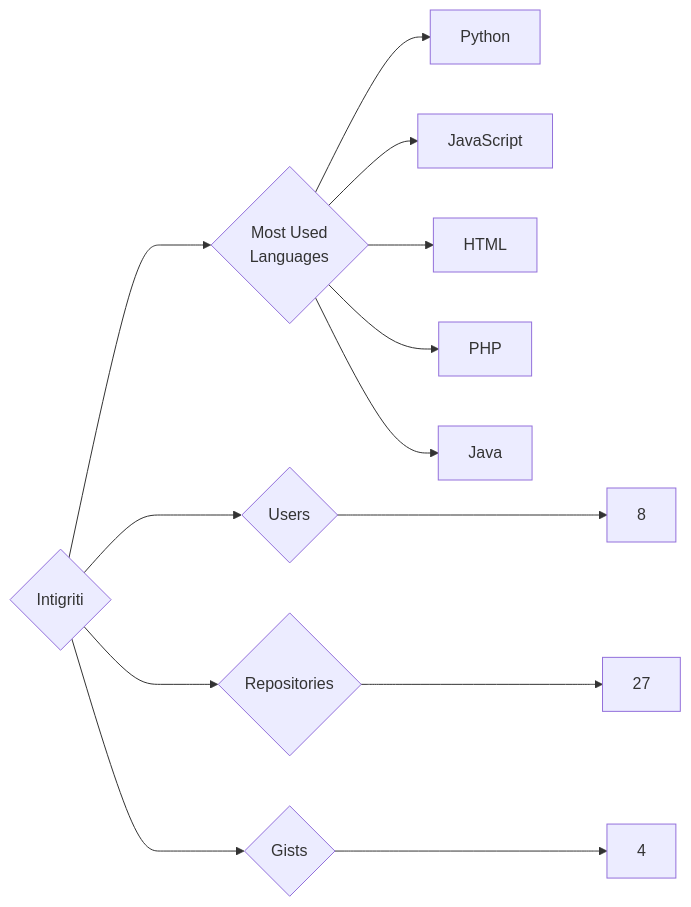
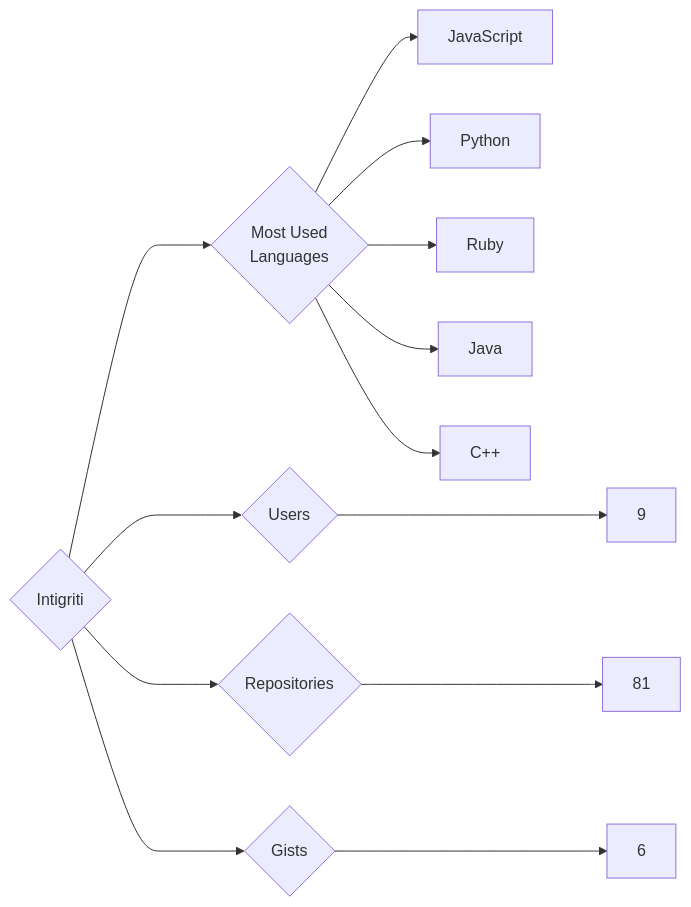
Before and after one commit to trickest/insiders: the diagram in targets/Intigriti/README.md, drawn with Mermaid. The commit also changed 773 other files, not shown here.

````diff
--- a/targets/Intigriti/README.md
+++ b/targets/Intigriti/README.md
@@ -3,13 +3,13 @@
 ```mermaid
 graph LR
 COMPANY_NAME{Intigriti}
-COMPANY_NAME ---> U{Users} ---> UN[8]
-COMPANY_NAME ---> R{Repositories} ---> RN[27]
-COMPANY_NAME ---> G{Gists} ---> GN[4]
+COMPANY_NAME ---> U{Users} ---> UN[9]
+COMPANY_NAME ---> R{Repositories} ---> RN[81]
+COMPANY_NAME ---> G{Gists} ---> GN[6]
 COMPANY_NAME ---> ML{Most Used<br>Languages}
+ML --> JavaScript[JavaScript]
 ML --> Python[Python]
-ML --> JavaScript[JavaScript]
-ML --> HTML[HTML]
-ML --> PHP[PHP]
+ML --> Ruby[Ruby]
 ML --> Java[Java]
+ML --> C++[C++]
 ```
````
